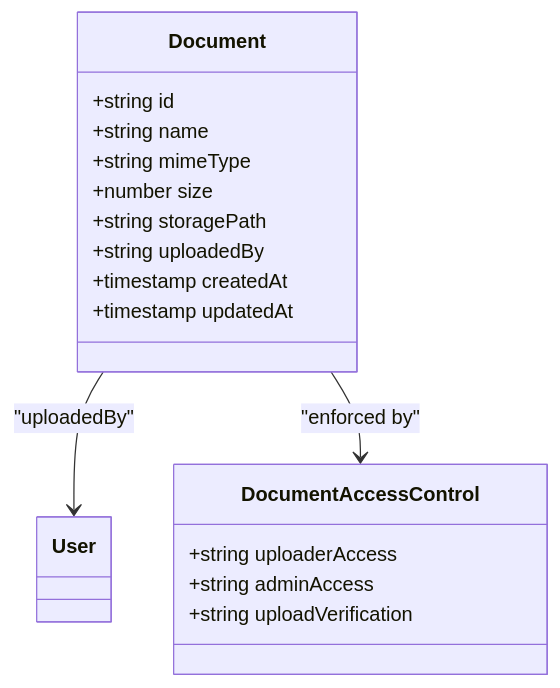
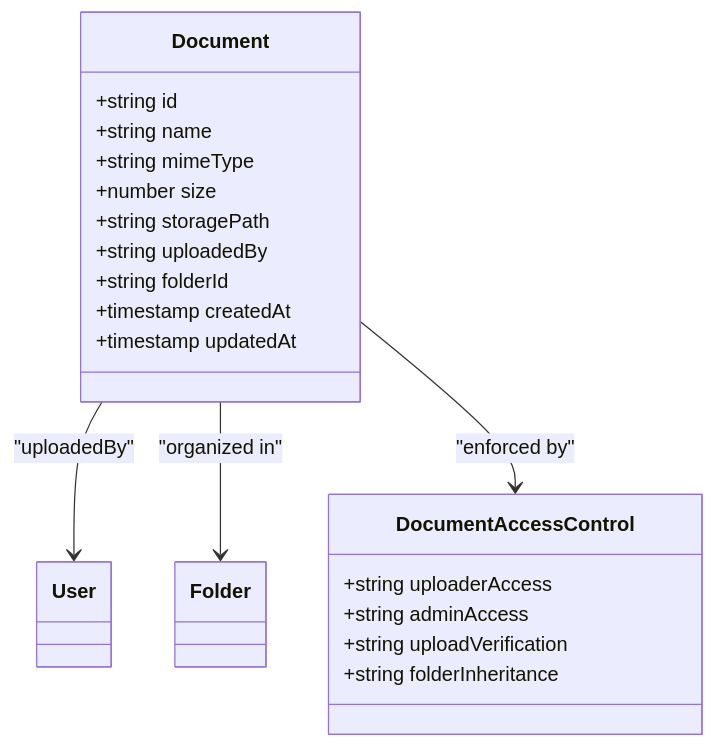
The eighth of 11 diagrams in .qoder/repowiki/en/content/Database Schema.md (ngothanhtung/claude-code-shadcn-dashboard), drawn with Mermaid before and after one commit. The commit also changed other lines of this file and 112 other files, not shown here.

````diff
--- a/.qoder/repowiki/en/content/Database Schema.md
+++ b/.qoder/repowiki/en/content/Database Schema.md
@@ -362,20 +378,23 @@
 ```mermaid
 classDiagram
 class Document {
 +string id
 +string name
 +string mimeType
 +number size
 +string storagePath
 +string uploadedBy
++string folderId
 +timestamp createdAt
 +timestamp updatedAt
 }
 class DocumentAccessControl {
 +string uploaderAccess
 +string adminAccess
 +string uploadVerification
++string folderInheritance
 }
 Document --> User : "uploadedBy"
+Document --> Folder : "organized in"
 Document --> DocumentAccessControl : "enforced by"
 ```
````
